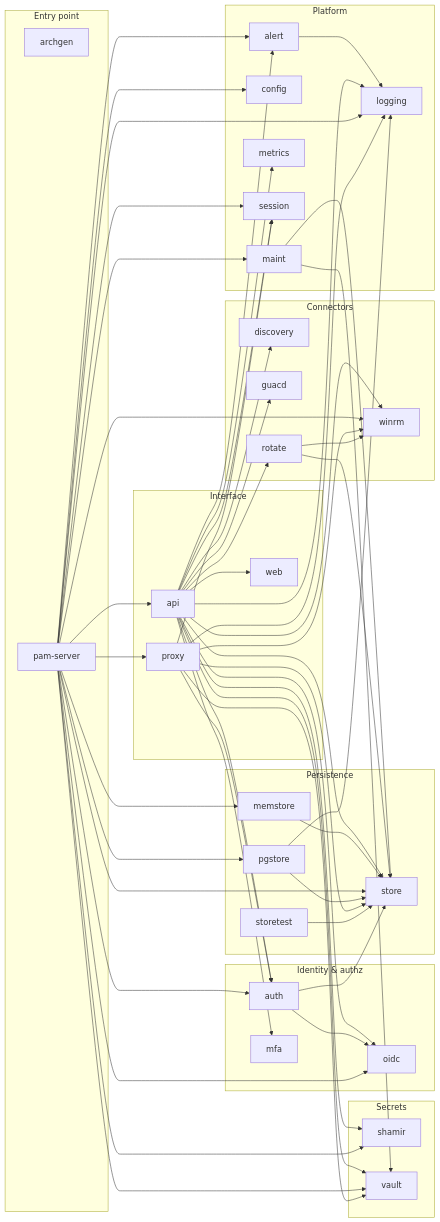
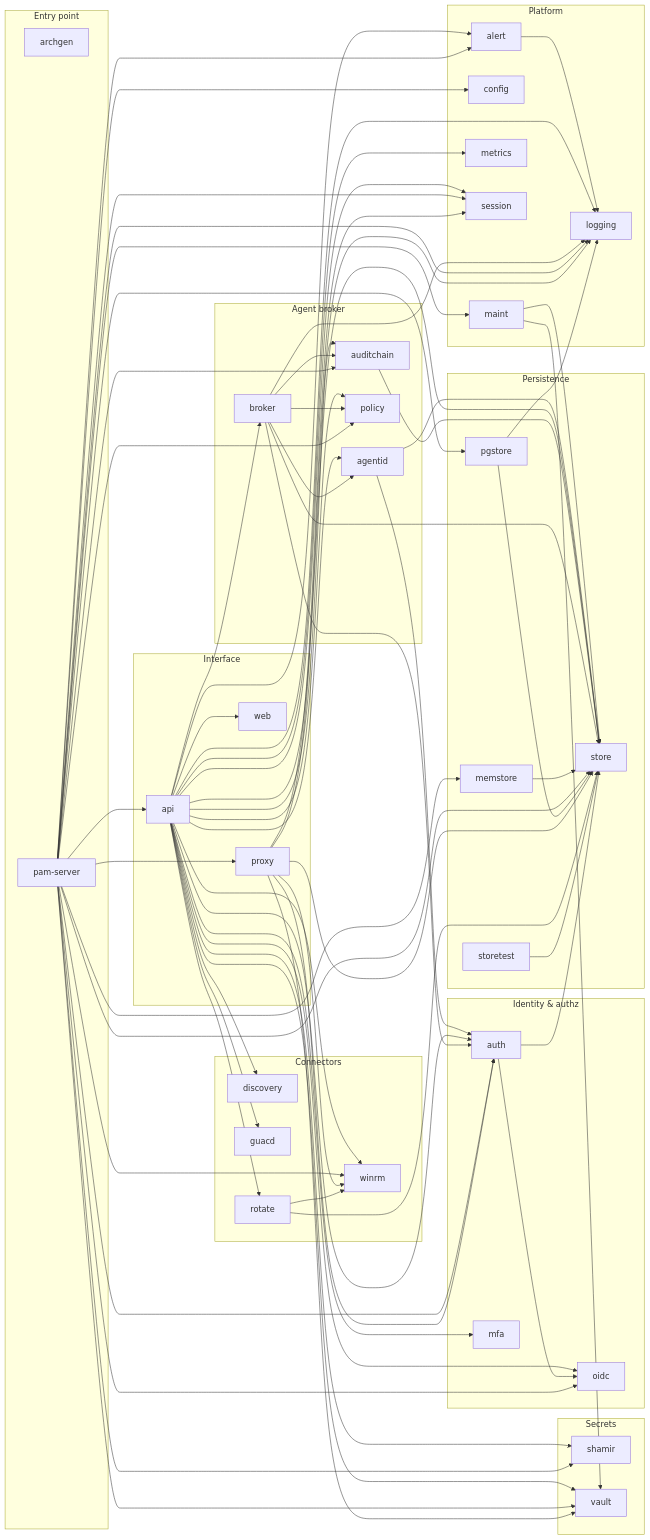
The first of 2 diagrams in docs/ARCHITECTURE-DIAGRAMS.md (morandeirachema/pamv1), drawn with Mermaid before and after one commit. The commit also changed other lines of this file and 26 other files, not shown here.

```diff
--- a/docs/ARCHITECTURE-DIAGRAMS.md
+++ b/docs/ARCHITECTURE-DIAGRAMS.md
@@ -47,6 +47,12 @@
     n_rotate[rotate]
     n_winrm[winrm]
   end
+  subgraph n_Agent_broker["Agent broker"]
+    n_agentid[agentid]
+    n_auditchain[auditchain]
+    n_broker[broker]
+    n_policy[policy]
+  end
   subgraph n_Platform["Platform"]
     n_alert[alert]
     n_config[config]
@@ -55,15 +61,21 @@
     n_metrics[metrics]
     n_session[session]
   end
+  n_agentid --> n_auth
+  n_agentid --> n_store
   n_alert --> n_logging
+  n_api --> n_agentid
   n_api --> n_alert
+  n_api --> n_auditchain
   n_api --> n_auth
+  n_api --> n_broker
   n_api --> n_discovery
   n_api --> n_guacd
   n_api --> n_logging
   n_api --> n_metrics
   n_api --> n_mfa
   n_api --> n_oidc
+  n_api --> n_policy
   n_api --> n_rotate
   n_api --> n_session
   n_api --> n_shamir
@@ -71,13 +83,21 @@
   n_api --> n_vault
   n_api --> n_web
   n_api --> n_winrm
+  n_auditchain --> n_store
   n_auth --> n_oidc
   n_auth --> n_store
+  n_broker --> n_agentid
+  n_broker --> n_auditchain
+  n_broker --> n_auth
+  n_broker --> n_logging
+  n_broker --> n_policy
+  n_broker --> n_store
   n_maint --> n_store
   n_maint --> n_vault
   n_memstore --> n_store
   n_pam_server --> n_alert
   n_pam_server --> n_api
+  n_pam_server --> n_auditchain
   n_pam_server --> n_auth
   n_pam_server --> n_config
   n_pam_server --> n_logging
@@ -85,6 +105,7 @@
   n_pam_server --> n_memstore
   n_pam_server --> n_oidc
   n_pam_server --> n_pgstore
+  n_pam_server --> n_policy
   n_pam_server --> n_proxy
   n_pam_server --> n_session
   n_pam_server --> n_shamir
```
